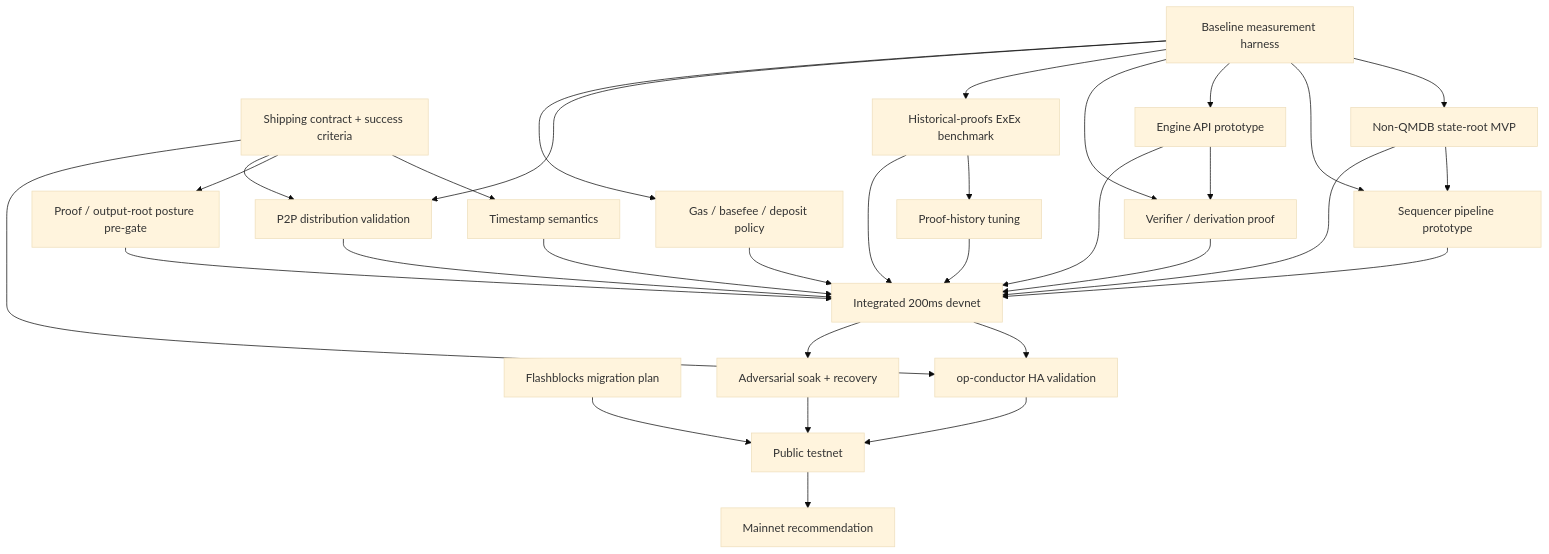
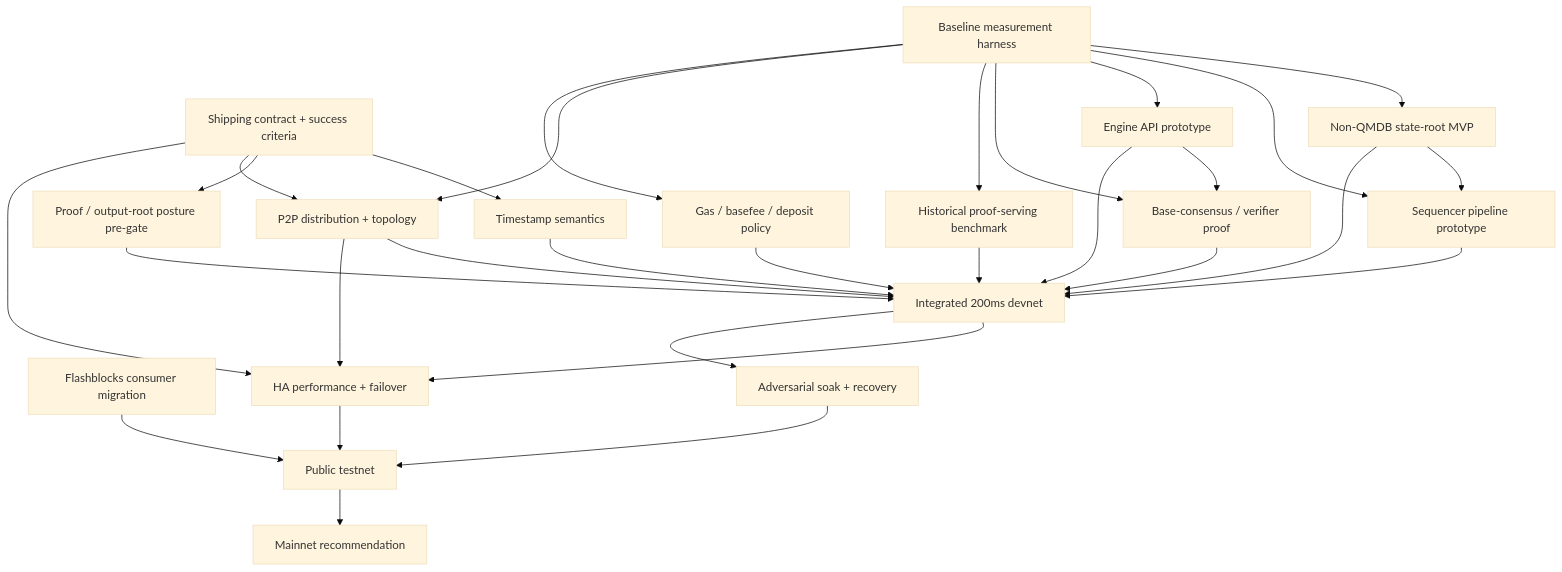
One commit to 0x00101010/notes changed the diagram in 200ms-blocks/src/content/plan.md. Above: the diagram before and after it, drawn with Mermaid (base theme). The commit also changed other lines of this file, not shown here.

````diff
--- a/200ms-blocks/src/content/plan.md
+++ b/200ms-blocks/src/content/plan.md
@@ -218,52 +213,50 @@
 ```mermaid
 flowchart TD
     A[Shipping contract + success criteria]
     B[Baseline measurement harness]
     C[Timestamp semantics]
     D[Proof / output-root posture pre-gate]
     E[Non-QMDB state-root MVP]
     F[Sequencer pipeline prototype]
     G[Engine API prototype]
-    H[Verifier / derivation proof]
-    I[Historical-proofs ExEx benchmark]
-    J[Proof-history tuning]
-    K[P2P distribution validation]
+    H[Base-consensus / verifier proof]
+    I[Historical proof-serving benchmark]
+    K[P2P distribution + topology]
     L[Gas / basefee / deposit policy]
-    M[Flashblocks migration plan]
+    M[Flashblocks consumer migration]
     N[Integrated 200ms devnet]
-    O[op-conductor HA validation]
+    O[HA performance + failover]
     P[Adversarial soak + recovery]
     Q[Public testnet]
     R[Mainnet recommendation]
 
     A --> C
     A --> D
     A --> K
     A --> O
     B --> E
     B --> F
     B --> G
     B --> H
     B --> I
     B --> K
     B --> L
     E --> F
     G --> H
-    I --> J
     C --> N
     D --> N
     E --> N
     F --> N
     G --> N
     H --> N
     I --> N
-    J --> N
     K --> N
     L --> N
+    K --> O
     N --> O
     N --> P
     M --> Q
     O --> Q
     P --> Q
     Q --> R
 ```
````
